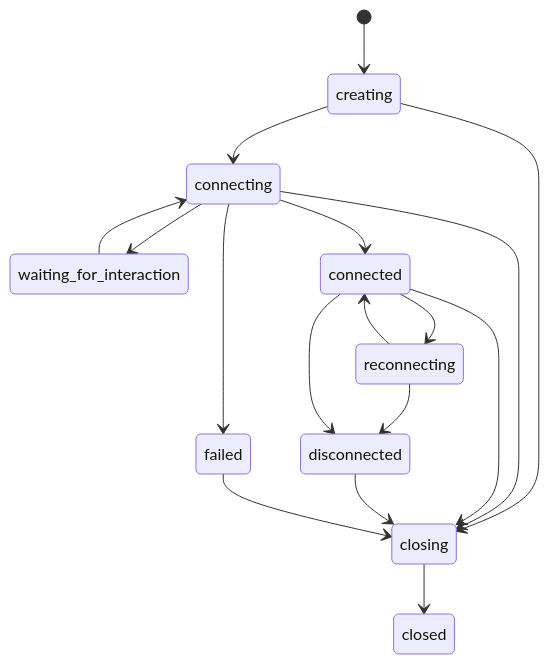
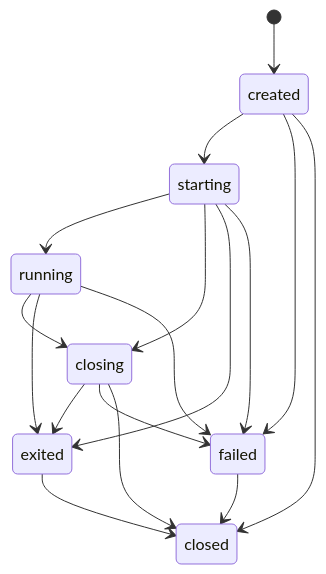
One commit to mfat/sshpilot changed the first of 4 diagrams in docs/api/state-machines.md. Above: the diagram before and after it, drawn with Mermaid. The commit also changed other lines of this file and 16 other files, not shown here.

````diff
--- a/docs/api/state-machines.md
+++ b/docs/api/state-machines.md
@@ -27,19 +27,19 @@
 ```mermaid
 stateDiagram-v2
-    [*] --> creating
-    creating --> connecting
-    connecting --> waiting_for_interaction
-    waiting_for_interaction --> connecting
-    connecting --> connected
-    connecting --> failed
-    connected --> reconnecting
-    reconnecting --> connected
-    reconnecting --> disconnected
-    connected --> disconnected
-    creating --> closing
-    connecting --> closing
-    connected --> closing
-    disconnected --> closing
-    failed --> closing
+    [*] --> created
+    created --> starting
+    created --> failed
+    created --> closed
+    starting --> running
+    starting --> closing
+    starting --> exited
+    starting --> failed
+    running --> closing
+    running --> exited
+    running --> failed
+    closing --> exited
+    closing --> failed
     closing --> closed
+    exited --> closed
+    failed --> closed
 ```
````
